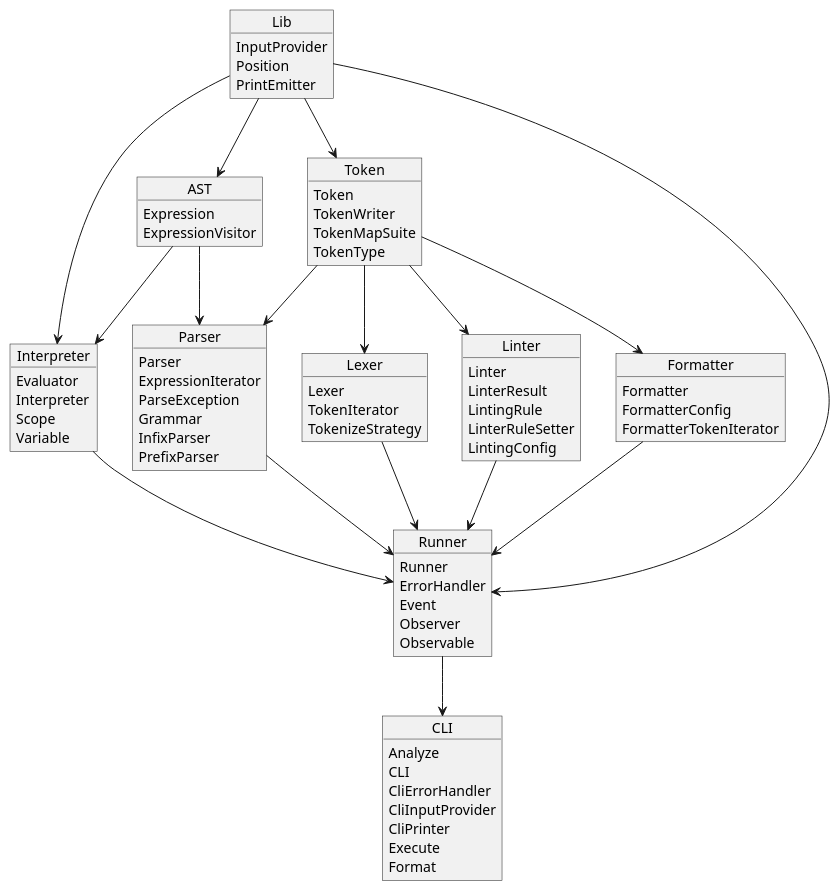
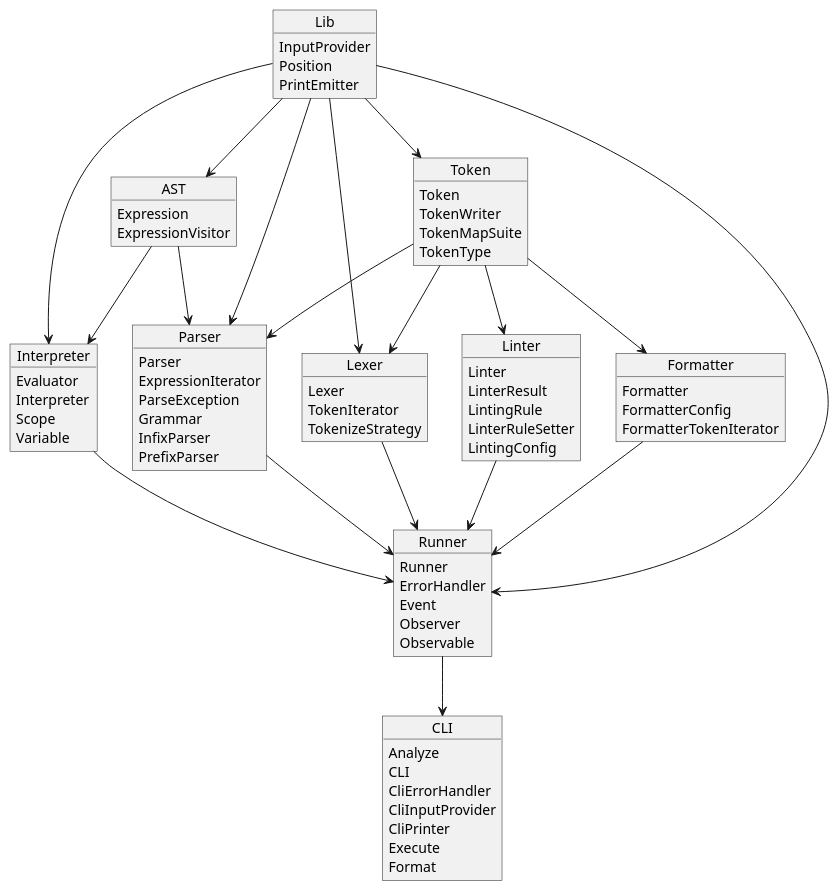
One commit to IngSis15/PrintScript changed the diagram in PrintScriptUML2.puml. Above: the diagram before and after it, drawn with PlantUML. The commit also changed 17 other files, not shown here.

```diff
--- a/PrintScriptUML2.puml
+++ b/PrintScriptUML2.puml
@@ -1,87 +1,89 @@
 @startuml
 'https://plantuml.com/object-diagram
 
 object Lexer{
     Lexer
     TokenIterator
     TokenizeStrategy
 }
 object Interpreter{
     Evaluator
     Interpreter
     Scope
     Variable
 }
 object Runner{
     Runner
     ErrorHandler
     Event
     Observer
     Observable
 }
 object Parser{
     Parser
     ExpressionIterator
     ParseException
     Grammar
     InfixParser
     PrefixParser
 }
 object Token{
     Token
     TokenWriter
     TokenMapSuite
     TokenType
 }
 object AST{
     Expression
     ExpressionVisitor
 }
 object CLI{
     Analyze
     CLI
     CliErrorHandler
     CliInputProvider
     CliPrinter
     Execute
     Format
 }
 object Linter{
     Linter
     LinterResult
     LintingRule
     LinterRuleSetter
     LintingConfig
 }
 object Formatter{
     Formatter
     FormatterConfig
     FormatterTokenIterator
     }
 object Lib{
     InputProvider
     Position
     PrintEmitter
 }
 
 Interpreter -down-> Runner
 Parser -down-> Runner
 Linter -down-> Runner
 Formatter -down-> Runner
 Lexer -down-> Runner
 Runner -down-> CLI
 Token -down-> Lexer
 Token -down-> Parser
 Token -down-> Formatter
 Token -down-> Linter
 AST -down-> Parser
 AST -down-> Interpreter
 Lib -down-> Token
 Lib -down-> AST
 Lib -down-> Runner
 Lib -down-> Interpreter
+Lib -down-> Parser
+Lib -down-> Lexer
 
 
 
 
 @enduml
```
